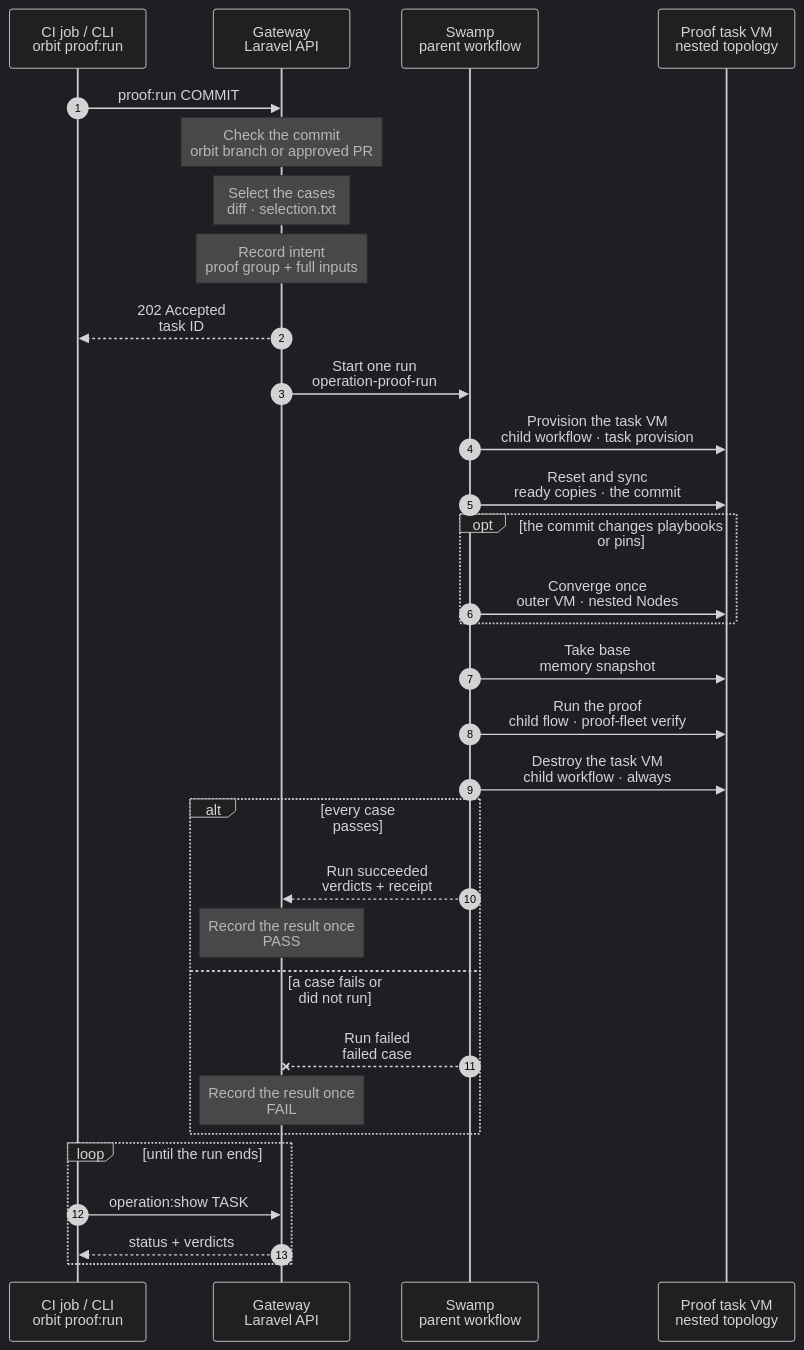
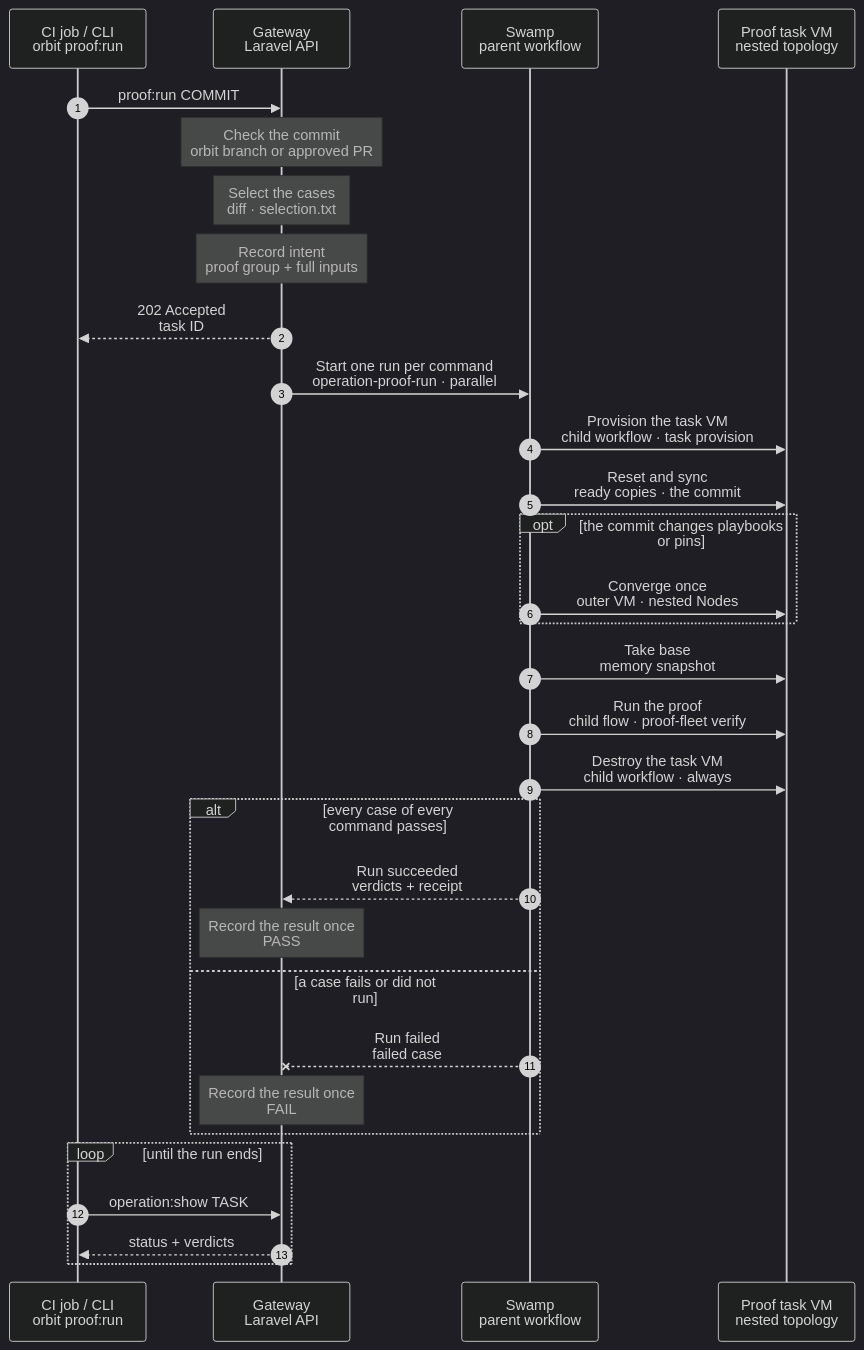
The diagram in docs/cli/proof/run.mmd (hardimpactdev/orbit), drawn with Mermaid (dark theme) before and after one commit. The commit also changed 1 other file, not shown here.

Commit message:
docs(proof): proof:run starts one run per command, each on its own proof VM
Stage 3 already says each affected command is proved on its own proof VM; the proof:run and stage 4 charts now say the same.

```diff
--- a/docs/cli/proof/run.mmd
+++ b/docs/cli/proof/run.mmd
@@ -1,66 +1,67 @@
 sequenceDiagram
-  %% Target design: one Swamp flow for proof:run (Nick + orchestrator, 2026-11-05). Gateway admits intent; one parent workflow runs provision, verify, cancel as children; Gateway projects once.
+  %% Target design: one Swamp flow for proof:run (Nick + orchestrator, 2026-11-05). Gateway admits intent; each selected command gets its own parent run on its own proof VM, all in parallel; each run does provision, verify and cancel as children; Gateway projects each run once.
   %% status: draft
   %% command: proof:run
   %% kind: proof.run
   autonumber
   %% lane CLI icon=terminal pill=caller tone=gray
   %% lane GW icon=gateway pill=intent tone=blue
   %% lane SW icon=workflow pill=executes tone=green
   %% lane VM icon=server pill=target tone=amber
   participant CLI as CI job / CLI<br/>orbit proof:run
   participant GW as Gateway<br/>Laravel API
   participant SW as Swamp<br/>parent workflow
   participant VM as Proof task VM<br/>nested topology
   CLI->>GW: proof:run COMMIT
   %%> The CI job on a beast or shark runner, or a person, passes only the commit SHA.
   Note over GW: Check the commit<br/>orbit branch or approved PR
   %%> Refuses a commit that is not on a hardimpactdev/orbit branch, or an outside PR without review and the run-proofs label.
   Note over GW: Select the cases<br/>diff · selection.txt
   %%> Docs-only changes end here: skipped, nothing to prove.
   Note over GW: Record intent<br/>proof group + full inputs
   %%> Creates the proof task group on Project 46 at the commit and renders every input the run needs. No more Gateway work until the end.
   GW-->>CLI: 202 Accepted<br/>task ID
-  GW->>SW: Start one run<br/>operation-proof-run
+  GW->>SW: Start one run per command<br/>operation-proof-run · parallel
+  %%> One PR changes one command, so usually one run. Each run has its own proof VM, as stage 3 says; one failing command does not stop the others.
   SW->>VM: Provision the task VM<br/>child workflow · task provision
   %%> The same path every task uses today: clone the task image and seed, boot, enrol, check out the commit.
   SW->>VM: Reset and sync<br/>ready copies · the commit
   %%> What it does:
   %%> - Orbit's own Swamp reaches into the task VM over SSH, like every other step, and resets the nested topology from the ready copies
   %%> - pushes the proof Swamp Club key from its vault into the nested Gateway; the nested Gateway runs its own Swamp as part of the Orbit under test
   %%> - syncs the commit into the nested Gateway and app-dev, the same sync as `orbit-nested`; installs only when a lock file changed
   %%> Not built:
   %%> - the direct reset: today `bin/proof-fleet reset GROUP --from-ready` runs in the VM as a task script, starts a local Swamp there, builds the nested fleet from the ready copies and takes `base`
   %%> - the parent workflow `operation-proof-run`: today the Gateway admits provision, reset, verify and cancel as task operations and continues on each result
   opt the commit changes playbooks or pins
     SW->>VM: Converge once<br/>outer VM · nested Nodes
     %%> What it does:
     %%> - image playbooks on the outer VM; role playbooks and pins on the nested Nodes, through the nested Orbit's `node:converge`
     %%> - runs after the sync, so the nested Orbit has the new playbooks; the proof never resets the outer VM, so this lasts the whole run
     %%> - the base images are not touched; only the merge and the seed refresh change them
   end
   SW->>VM: Take base<br/>memory snapshot
   %%> What it does:
   %%> - an Incus stateful snapshot `base` of the three nested VMs, with any converged state in it
   %%> - it holds the Club key; accepted because the VM and its snapshots are destroyed after the run
   SW->>VM: Run the proof<br/>child flow · proof-fleet verify
   %%> What it does:
   %%> - each batch restores `base` once and applies its declared start state; its cases run one after another with their own resources and no undo
   %%> - a case that did not pass triggers a restore before the next case; a restore that fails or is not healthy within 45 s stops the run, and the remaining cases become `unrun`
   %%> - one verdict per case, as in the proof stage of the [command development pipeline](/reference/command-development-pipeline)
   %%> - built: the Gateway admits it as the kind `proof.verify`; the Swamp workflow `proof-fleet-verify` on Node 209 runs the runner over official SSH, one child per batch and one per case, and no second Swamp runs for this step
   %%> - the Gateway reads the `report` step once, when the run ends, and records the verdicts; no step calls back
   SW->>VM: Destroy the task VM<br/>child workflow · always
   %%> Runs after success or failure, so no proof VM is left behind.
-  alt every case passes
+  alt every case of every command passes
     SW-->>GW: Run succeeded<br/>verdicts + receipt
     Note over GW: Record the result once<br/>PASS
   else a case fails or did not run
     SW--xGW: Run failed<br/>failed case
     Note over GW: Record the result once<br/>FAIL
   end
   loop until the run ends
     CLI->>GW: operation:show TASK
     GW-->>CLI: status + verdicts
   end
   %%> The CI job passes or fails on the verdict; the merge requires it, and the proof does not run again after the merge.
```
